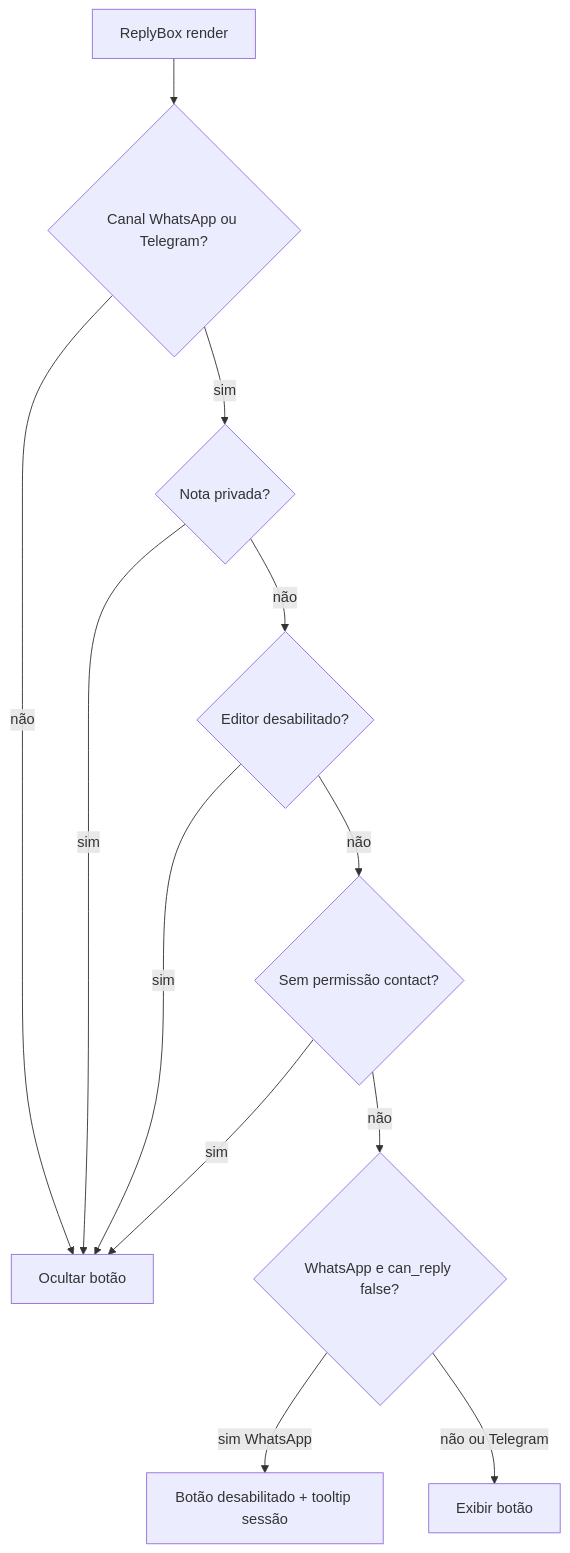
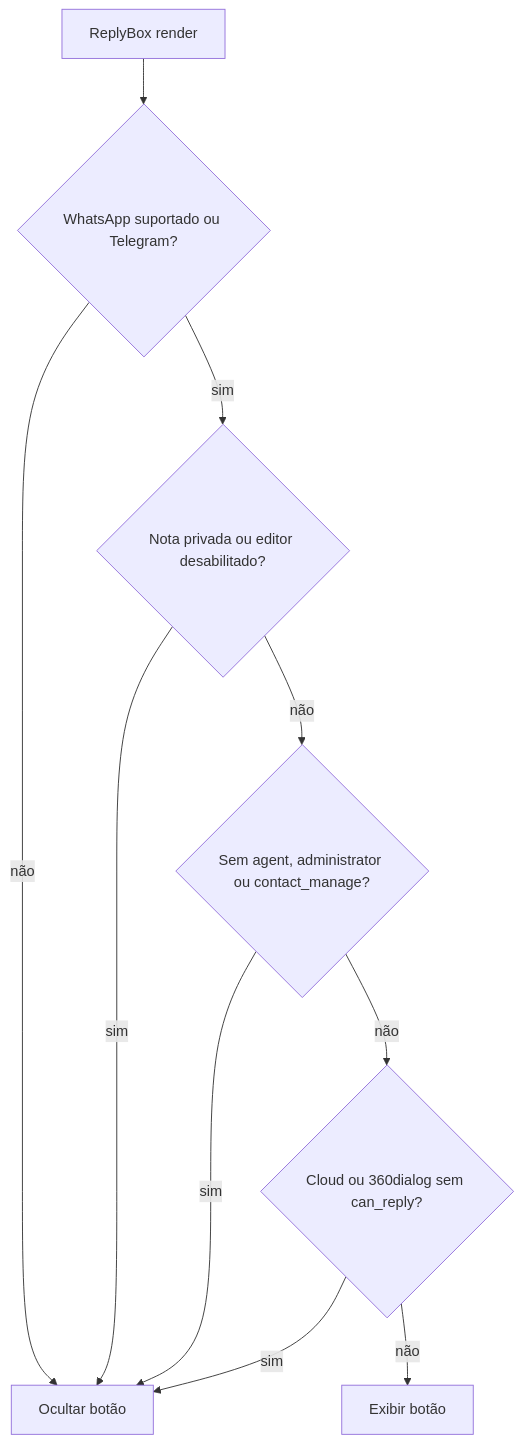
One commit to cesar-carlos/chatwoot changed the diagram in doc/feature/share-contact-card/improvements-backlog.md. Above: the diagram before and after it, drawn with Mermaid. The commit also changed other lines of this file and 9 other files, not shown here.

First line of the commit message:
fix(fork): send shared contacts as native WhatsApp cards

````diff
--- a/doc/feature/share-contact-card/improvements-backlog.md
+++ b/doc/feature/share-contact-card/improvements-backlog.md
@@ -153,24 +31,20 @@
 ```mermaid
 flowchart TD
   Start[ReplyBox render]
-  Ch{Canal WhatsApp ou Telegram?}
-  Priv{Nota privada?}
-  Dis{Editor desabilitado?}
-  WA{WhatsApp e can_reply false?}
-  Perm{Sem permissão contact?}
+  Ch{WhatsApp suportado ou Telegram?}
+  Priv{Nota privada ou editor desabilitado?}
+  Perm{Sem agent, administrator ou contact_manage?}
+  WA{Cloud ou 360dialog sem can_reply?}
   Show[Exibir botão]
   Hide[Ocultar botão]
-  Disabled[Botão desabilitado + tooltip sessão]
 
   Start --> Ch
   Ch -->|não| Hide
   Ch -->|sim| Priv
   Priv -->|sim| Hide
-  Priv -->|não| Dis
-  Dis -->|sim| Hide
-  Dis -->|não| Perm
+  Priv -->|não| Perm
   Perm -->|sim| Hide
   Perm -->|não| WA
-  WA -->|sim WhatsApp| Disabled
-  WA -->|não ou Telegram| Show
+  WA -->|sim| Hide
+  WA -->|não| Show
 ```
````
